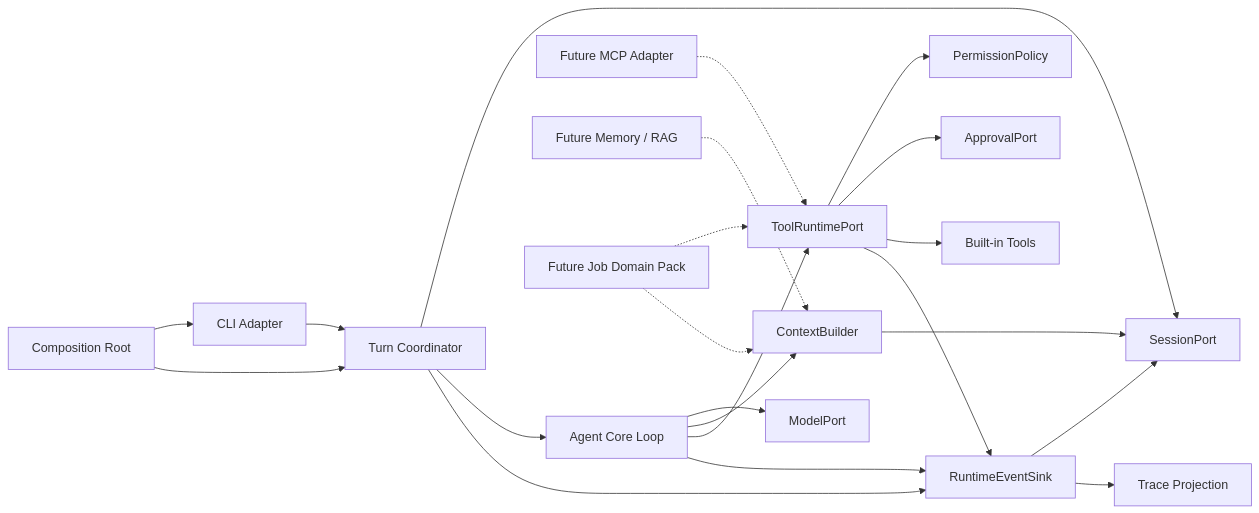
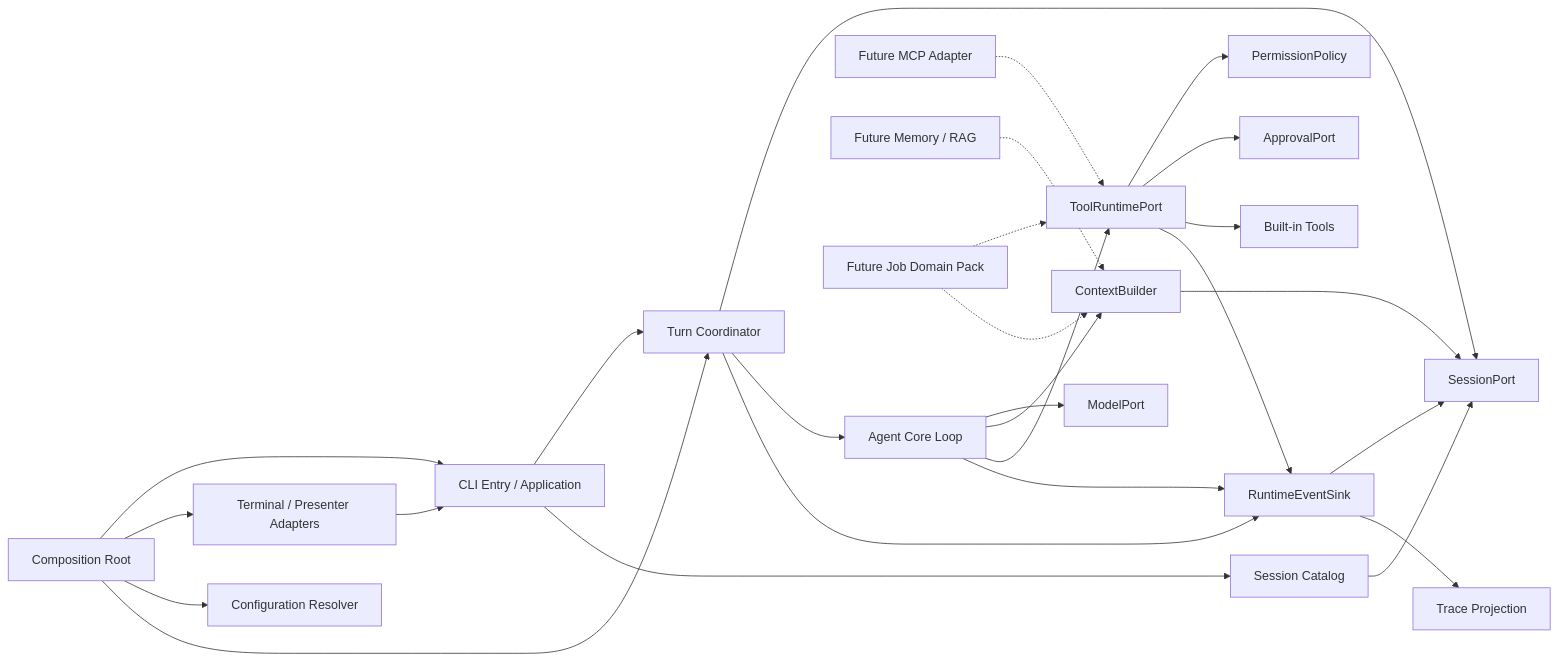
The diagram in docs/architecture/agent-runtime.md (StoicLD/JDAgent), drawn with Mermaid before and after one commit. The commit also changed other lines of this file and 13 other files, not shown here.

````diff
--- a/docs/architecture/agent-runtime.md
+++ b/docs/architecture/agent-runtime.md
@@ -31,24 +34,29 @@
 ```mermaid
 flowchart LR
-    Root["Composition Root"] --> CLI["CLI Adapter"]
+    Root["Composition Root"] --> CLI["CLI Entry / Application"]
+    Root --> Terminal["Terminal / Presenter Adapters"]
+    Root --> Config["Configuration Resolver"]
     Root --> Coordinator["Turn Coordinator"]
     CLI --> Coordinator
+    Terminal --> CLI
+    CLI --> Catalog["Session Catalog"]
+    Catalog --> Session
     Coordinator --> Session["SessionPort"]
     Coordinator --> Core["Agent Core Loop"]
     Core --> Model["ModelPort"]
     Core --> Context["ContextBuilder"]
     Core --> Tools["ToolRuntimePort"]
     Tools --> Policy["PermissionPolicy"]
     Tools --> Approval["ApprovalPort"]
     Tools --> Builtins["Built-in Tools"]
     Context --> Session
     Coordinator --> Events["RuntimeEventSink"]
     Core --> Events
     Tools --> Events
     Events --> Session
     Events --> Trace["Trace Projection"]
     FutureMCP["Future MCP Adapter"] -.-> Tools
     FutureMemory["Future Memory / RAG"] -.-> Context
     JobPack["Future Job Domain Pack"] -.-> Tools
     JobPack -.-> Context
 ```
````
